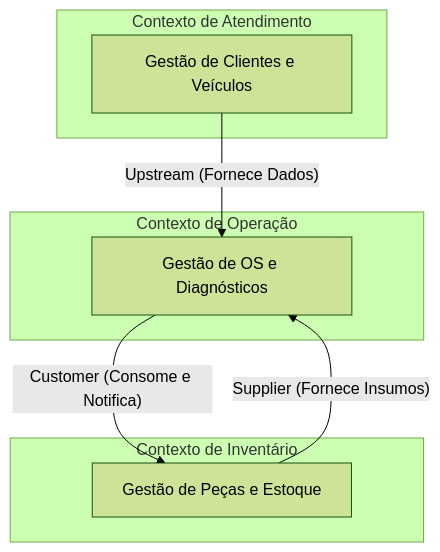
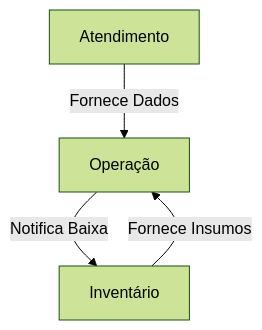
The third of 4 diagrams in docs/DDD_DOCUMENTATION.md (marcelsenarios/fiap-oficina), drawn with Mermaid (forest theme) before and after one commit. The commit also changed other lines of this file, not shown here.

````diff
--- a/docs/DDD_DOCUMENTATION.md
+++ b/docs/DDD_DOCUMENTATION.md
@@ -88,18 +60,6 @@
 ```mermaid
 graph TD
-    subgraph "Contexto de Atendimento"
-        A[Gestão de Clientes e Veículos]
-    end
-
-    subgraph "Contexto de Operação"
-        B[Gestão de OS e Diagnósticos]
-    end
-
-    subgraph "Contexto de Inventário"
-        C[Gestão de Peças e Estoque]
-    end
-
-    A -- "Upstream (Fornece Dados)" --> B
-    C -- "Supplier (Fornece Insumos)" --> B
-    B -- "Customer (Consome e Notifica)" --> C
+    A[Atendimento] -->|Fornece Dados| B[Operação]
+    C[Inventário] -->|Fornece Insumos| B
+    B -->|Notifica Baixa| C
 ```
````
